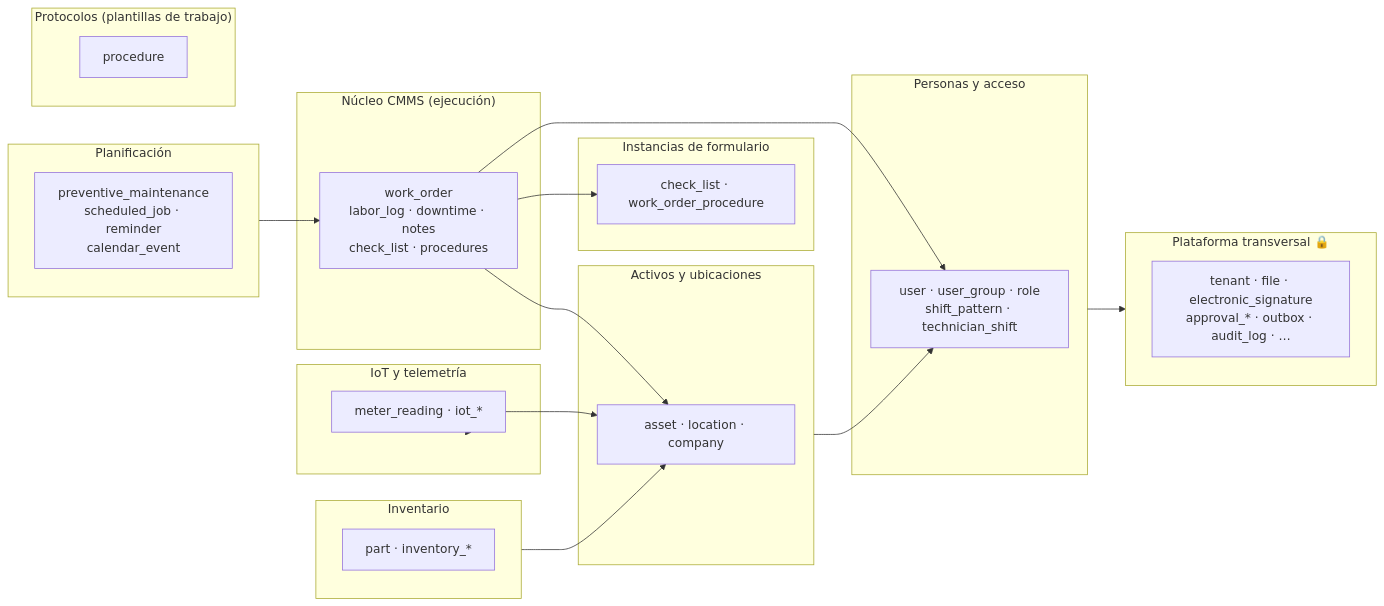
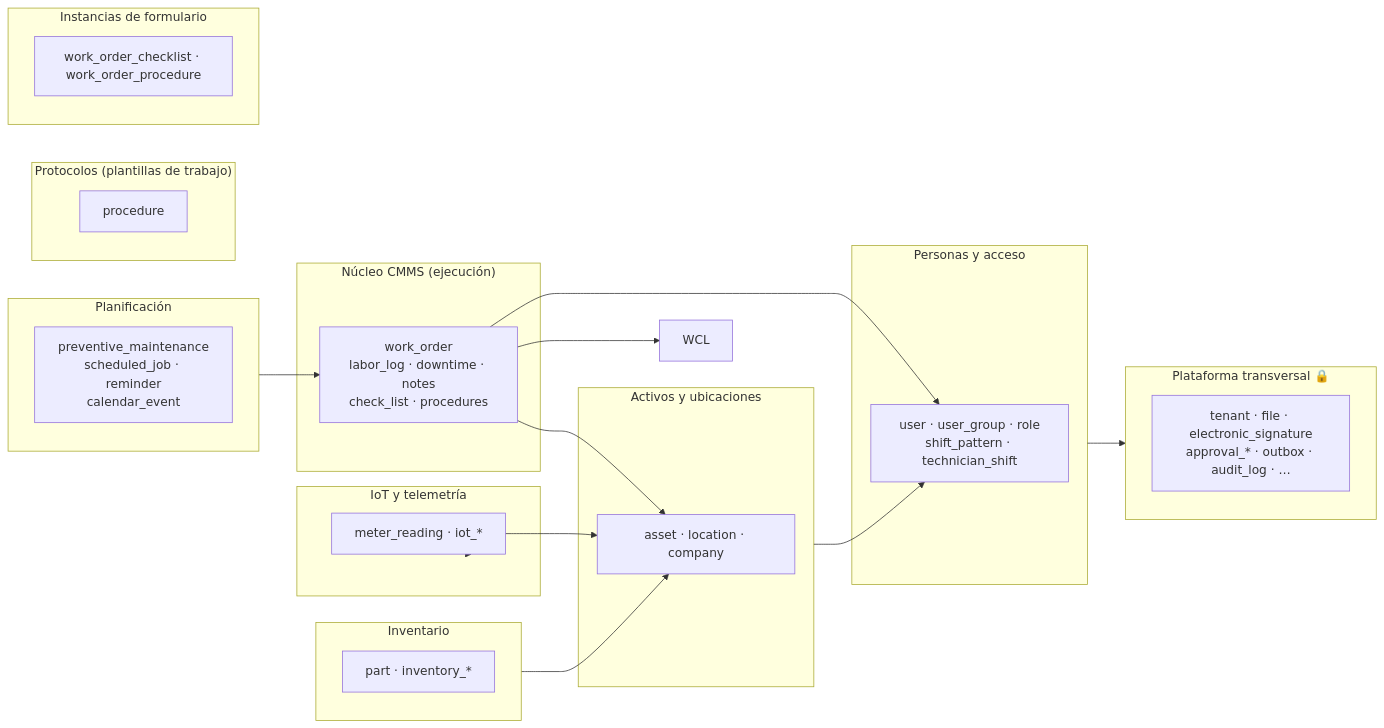
One commit to metritechnology/metri-engine changed the first of 5 diagrams in docs/reference/diagrama-modelo-datos.md. Above: the diagram before and after it, drawn with Mermaid. The commit also changed other lines of this file and 19 other files, not shown here.

First line of the commit message:
refactor(modelos): renombrado para desambiguar — _template vs work_order_

````diff
--- a/docs/reference/diagrama-modelo-datos.md
+++ b/docs/reference/diagrama-modelo-datos.md
@@ -24,40 +24,40 @@
 ```mermaid
 flowchart LR
     subgraph CMMS["Núcleo CMMS (ejecución)"]
         WO["work_order<br/>labor_log · downtime · notes<br/>check_list · procedures"]
     end
     subgraph PLAN["Planificación"]
         PM["preventive_maintenance<br/>scheduled_job · reminder<br/>calendar_event"]
     end
     subgraph PROT["Protocolos (plantillas de trabajo)"]
         TT["procedure"]
     end
     subgraph EXEC["Instancias de formulario"]
-        CL["check_list · work_order_procedure"]
+        CL["work_order_checklist · work_order_procedure"]
     end
     subgraph ACT["Activos y ubicaciones"]
         AS["asset · location · company"]
     end
     subgraph INV["Inventario"]
         PART["part · inventory_*"]
     end
     subgraph IOT["IoT y telemetría"]
         METER["meter_reading · iot_*"]
     end
     subgraph PEOPLE["Personas y acceso"]
         U["user · user_group · role<br/>shift_pattern · technician_shift"]
     end
     subgraph PLAT["Plataforma transversal 🔒"]
         PF["tenant · file · electronic_signature<br/>approval_* · outbox · audit_log · …"]
     end
 
     WO --> AS
     WO --> U
-    WO --> CL
+    WO --> WCL
     PLAN --> WO
     METER --> AS
     INV --> AS
     IOT --> METER
     ACT --> U
     PEOPLE --> PLAT
 ```
````
